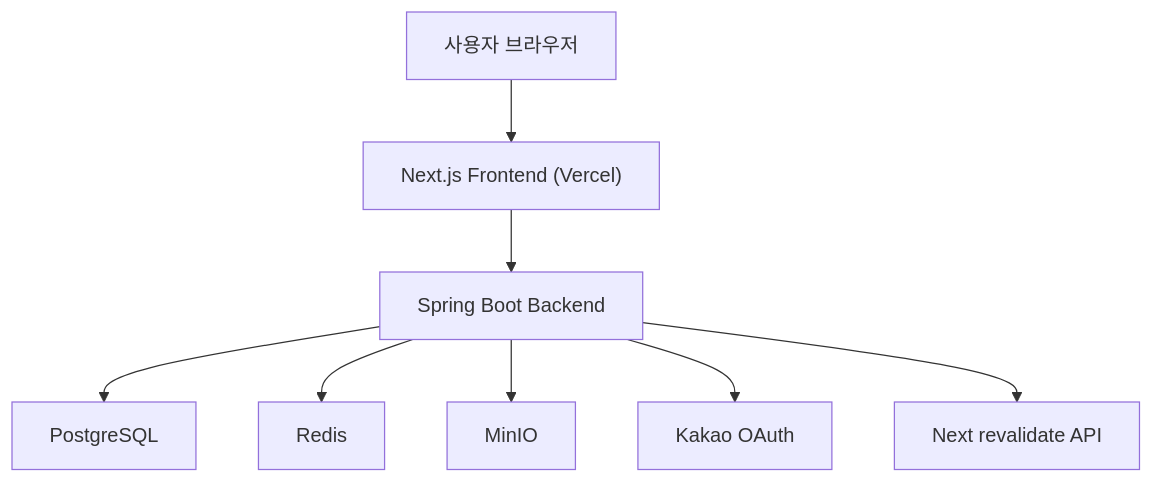
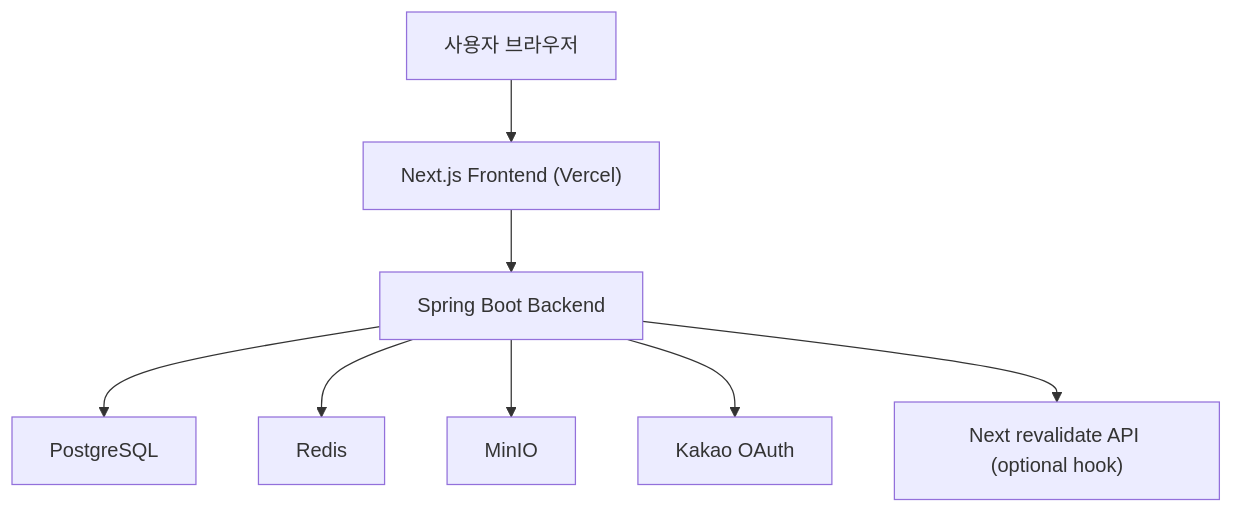
Before and after one commit to AquilaXk/aquila-blog: the first of 2 diagrams in docs/design/System-Architecture.md, drawn with Mermaid. The commit also changed other lines of this file and 6 other files, not shown here.

Commit message:
docs: refine architecture notes and header theme icon

````diff
--- a/docs/design/System-Architecture.md
+++ b/docs/design/System-Architecture.md
@@ -9,10 +9,10 @@
 ```mermaid
 flowchart TD
     U["사용자 브라우저"] --> F["Next.js Frontend (Vercel)"]
     F --> B["Spring Boot Backend"]
     B --> P["PostgreSQL"]
     B --> R["Redis"]
     B --> M["MinIO"]
     B --> K["Kakao OAuth"]
-    B --> RV["Next revalidate API"]
+    B --> RV["Next revalidate API (optional hook)"]
 ```
````
